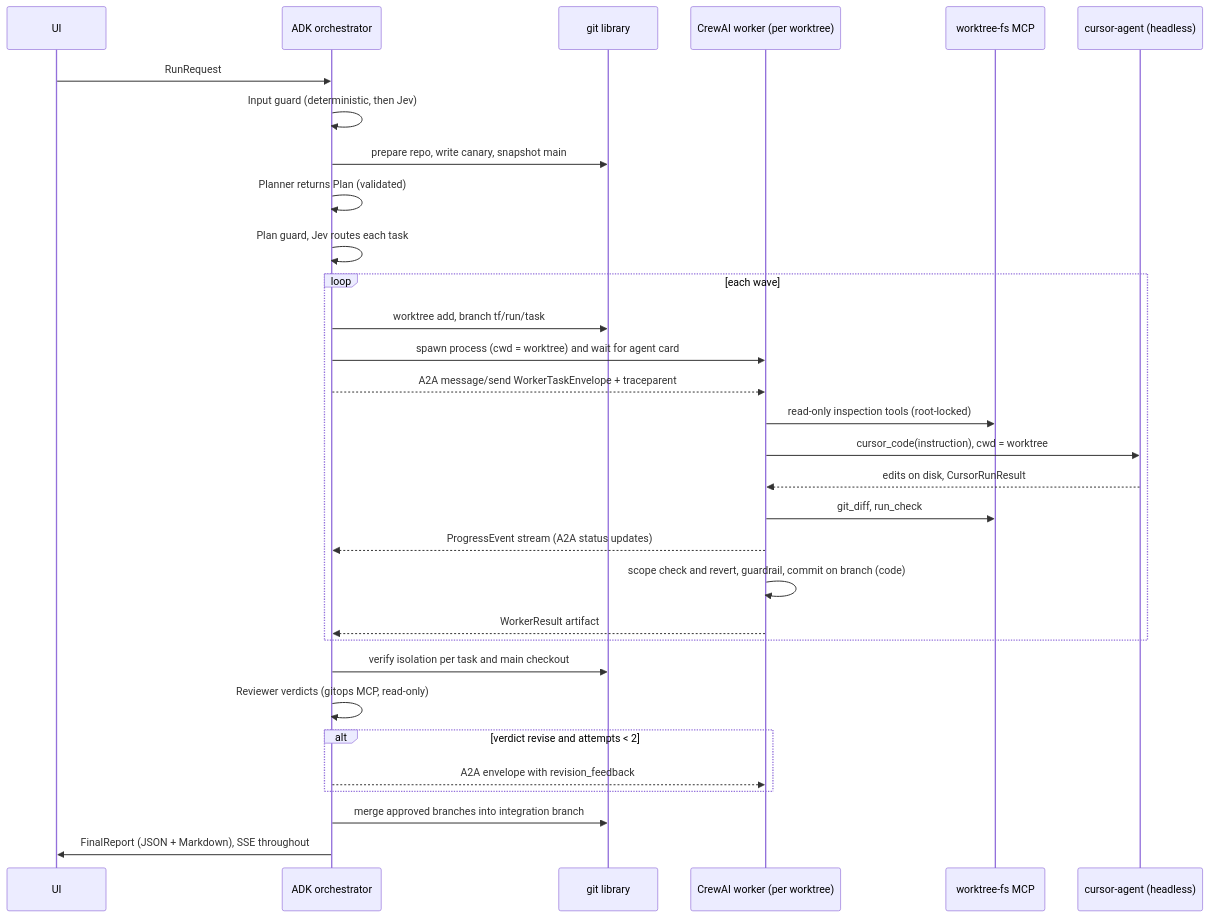
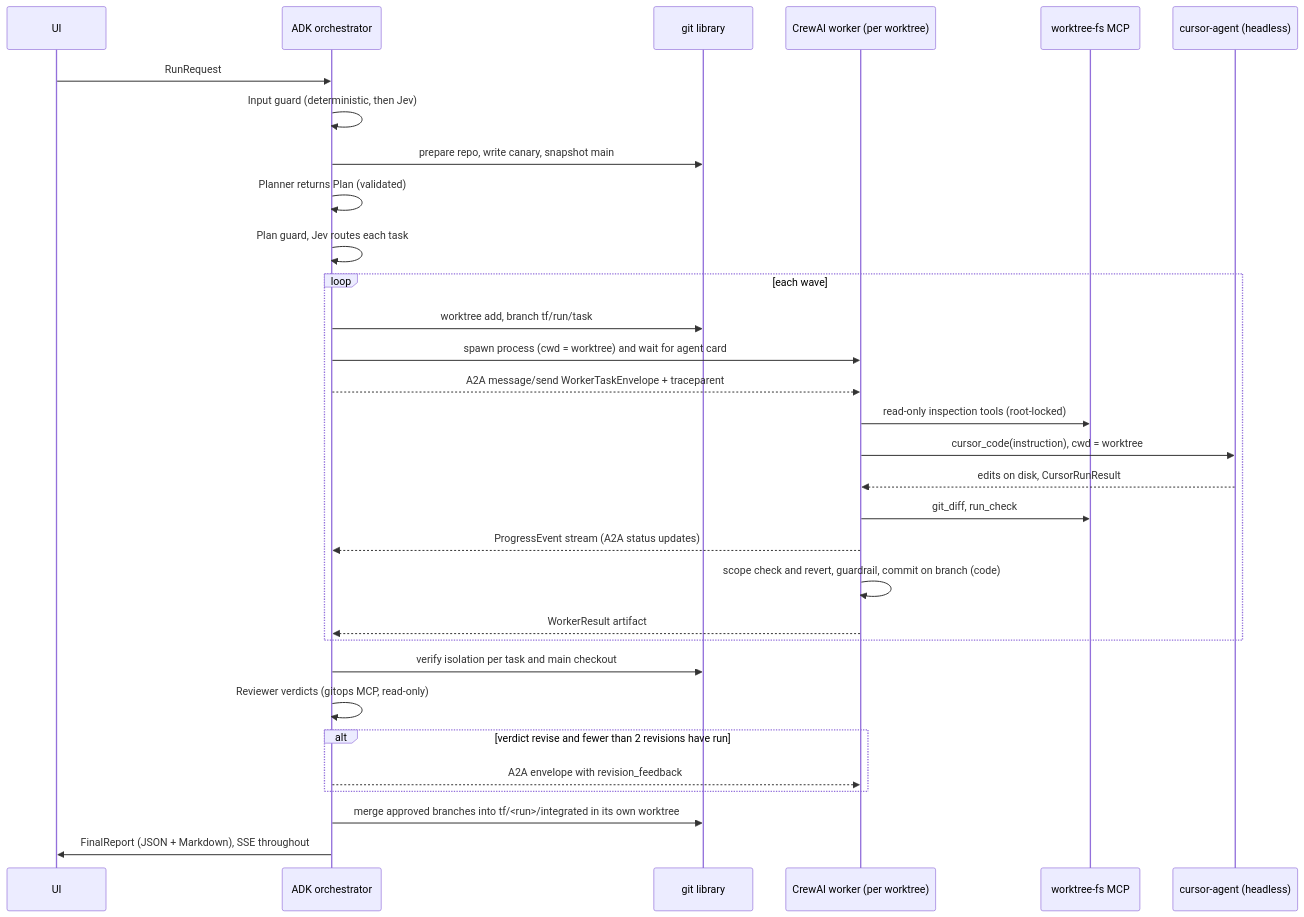
Before and after one commit to AmartyaKumar11/TreeFleet: the second of 2 diagrams in docs/ARCHITECTURE.md, drawn with Mermaid. The commit also changed other lines of this file and 28 other files, not shown here.

````diff
--- a/docs/ARCHITECTURE.md
+++ b/docs/ARCHITECTURE.md
@@ -179,33 +179,33 @@
 ```mermaid
 sequenceDiagram
   participant U as UI
   participant O as ADK orchestrator
   participant G as git library
   participant W as CrewAI worker (per worktree)
   participant M as worktree-fs MCP
   participant C as cursor-agent (headless)
   U->>O: RunRequest
   O->>O: Input guard (deterministic, then Jev)
   O->>G: prepare repo, write canary, snapshot main
   O->>O: Planner returns Plan (validated)
   O->>O: Plan guard, Jev routes each task
   loop each wave
     O->>G: worktree add, branch tf/run/task
     O->>W: spawn process (cwd = worktree) and wait for agent card
     O-->>W: A2A message/send WorkerTaskEnvelope + traceparent
     W->>M: read-only inspection tools (root-locked)
     W->>C: cursor_code(instruction), cwd = worktree
     C-->>W: edits on disk, CursorRunResult
     W->>M: git_diff, run_check
     W-->>O: ProgressEvent stream (A2A status updates)
     W->>W: scope check and revert, guardrail, commit on branch (code)
     W-->>O: WorkerResult artifact
   end
   O->>G: verify isolation per task and main checkout
   O->>O: Reviewer verdicts (gitops MCP, read-only)
-  alt verdict revise and attempts < 2
+  alt verdict revise and fewer than 2 revisions have run
     O-->>W: A2A envelope with revision_feedback
   end
-  O->>G: merge approved branches into integration branch
+  O->>G: merge approved branches into tf/<run>/integrated in its own worktree
   O->>U: FinalReport (JSON + Markdown), SSE throughout
 ```
````
